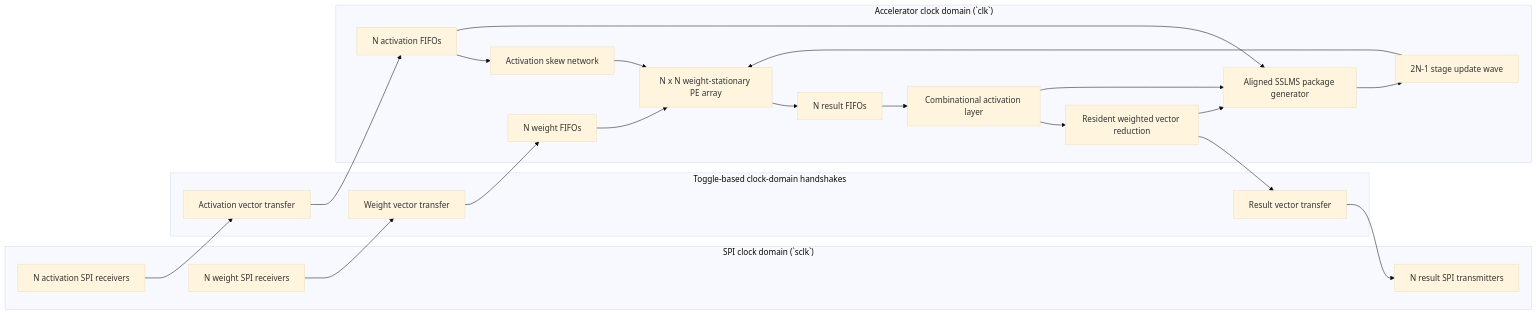
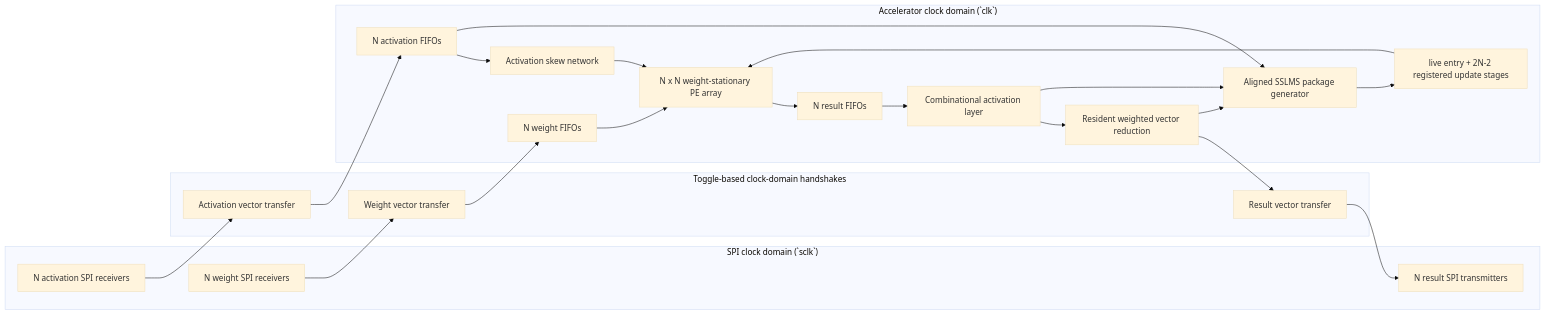
The first of 3 diagrams in README.md (aHighHooman/NN-Acceleration), drawn with Mermaid (base theme) before and after one commit. The commit also changed other lines of this file and 5 other files, not shown here.

````diff
--- a/README.md
+++ b/README.md
@@ -7,34 +7,34 @@
 ```mermaid
 flowchart LR
     subgraph SPI["SPI clock domain (`sclk`)"]
         W_RX["N weight SPI receivers"]
         A_RX["N activation SPI receivers"]
         R_TX["N result SPI transmitters"]
     end
 
     subgraph CDC["Toggle-based clock-domain handshakes"]
         W_CDC["Weight vector transfer"]
         A_CDC["Activation vector transfer"]
         R_CDC["Result vector transfer"]
     end
 
     subgraph CORE["Accelerator clock domain (`clk`)"]
         W_FIFO["N weight FIFOs"]
         A_FIFO["N activation FIFOs"]
         SKEW["Activation skew network"]
         ARRAY["N x N weight-stationary PE array"]
         R_FIFO["N result FIFOs"]
         ACT["Combinational activation layer"]
         REDUCE["Resident weighted vector reduction"]
         TRAIN["Aligned SSLMS package generator"]
-        UPDATE["2N-1 stage update wave"]
+        UPDATE["live entry + 2N-2 registered update stages"]
     end
 
     W_RX --> W_CDC --> W_FIFO --> ARRAY
     A_RX --> A_CDC --> A_FIFO --> SKEW --> ARRAY
     ARRAY --> R_FIFO --> ACT --> REDUCE --> R_CDC --> R_TX
     A_FIFO --> TRAIN
     ACT --> TRAIN
     REDUCE --> TRAIN
     TRAIN --> UPDATE --> ARRAY
 ```
````
